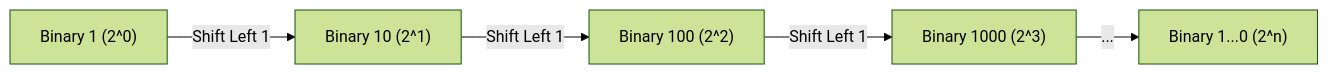
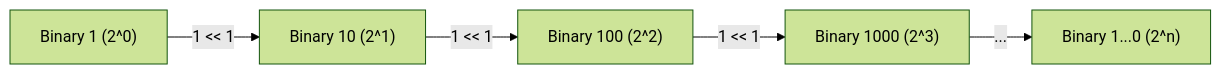
Before and after one commit to Amey-Thakur/PYTHON-SHORTS: the first of 2 diagrams in Source Code/Power2 Sequence/README.md, drawn with Mermaid (forest theme). The commit also changed other lines of this file and 1 other file, not shown here.

````diff
--- a/Source Code/Power2 Sequence/README.md
+++ b/Source Code/Power2 Sequence/README.md
@@ -57,7 +60,7 @@
 ```mermaid
-graph LR
-    A["Binary 1 (2^0)"] -- "Shift Left 1" --> B["Binary 10 (2^1)"]
-    B -- "Shift Left 1" --> C["Binary 100 (2^2)"]
-    C -- "Shift Left 1" --> D["Binary 1000 (2^3)"]
+flowchart LR
+    A["Binary 1 (2^0)"] -- "1 << 1" --> B["Binary 10 (2^1)"]
+    B -- "1 << 1" --> C["Binary 100 (2^2)"]
+    C -- "1 << 1" --> D["Binary 1000 (2^3)"]
     D -- "..." --> E["Binary 1...0 (2^n)"]
 ```
````
